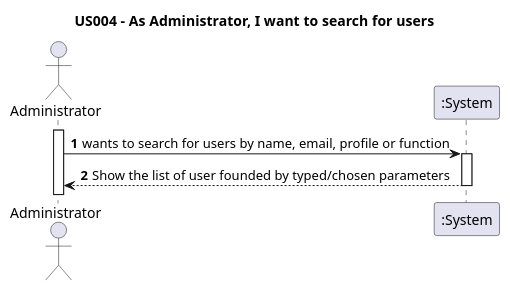
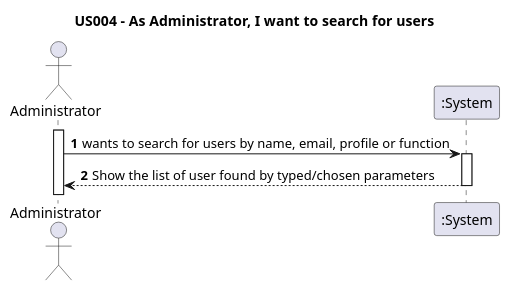
Before and after one commit to nunogon1211787/projectManagement: the diagram in docs/Sprint1/US004/US004-SSD.puml, drawn with PlantUML. The commit also changed 12 other files, not shown here.

```diff
--- a/docs/Sprint1/US004/US004-SSD.puml
+++ b/docs/Sprint1/US004/US004-SSD.puml
@@ -1,17 +1,17 @@
 @startuml
 'https://plantuml.com/sequence-diagram
 
 title US004 - As Administrator, I want to search for users
 
 autoactivate on
 autonumber
 
 actor "Administrator" as User
 participant ":System" as System
 
 activate User
 
 User -> System: wants to search for users by name, email, profile or function
-System-->User: Show the list of user founded by typed/chosen parameters
+System-->User: Show the list of user found by typed/chosen parameters
 
 @enduml
```
